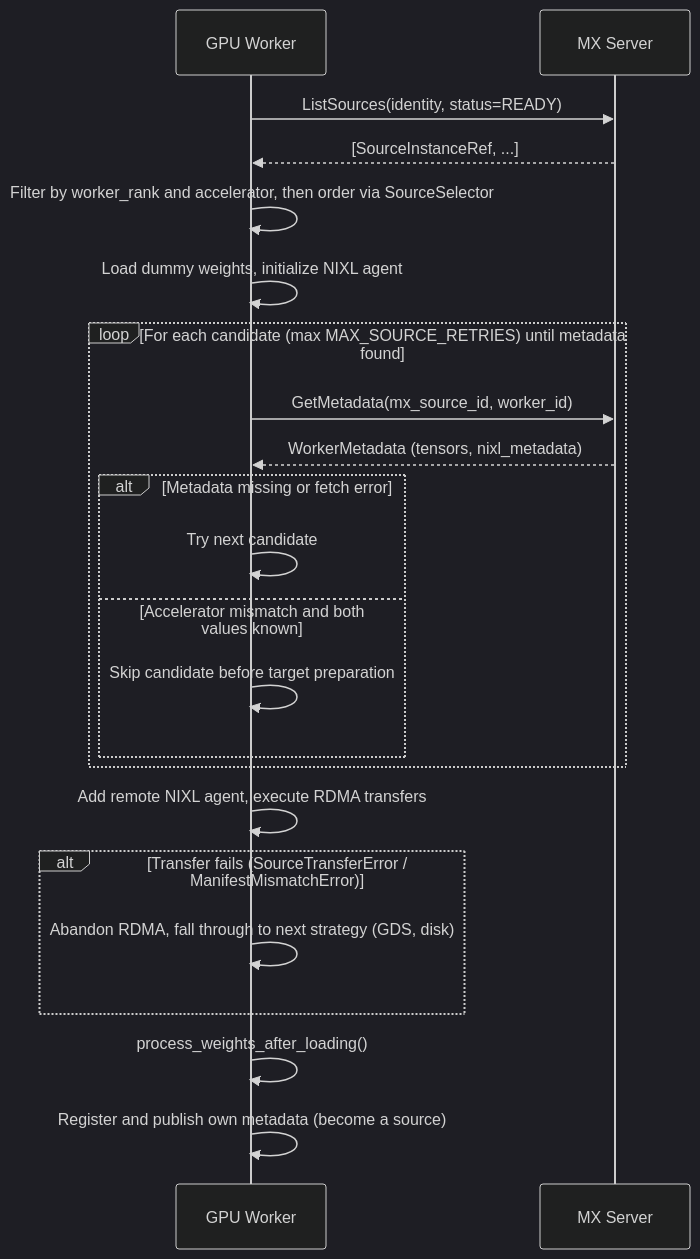
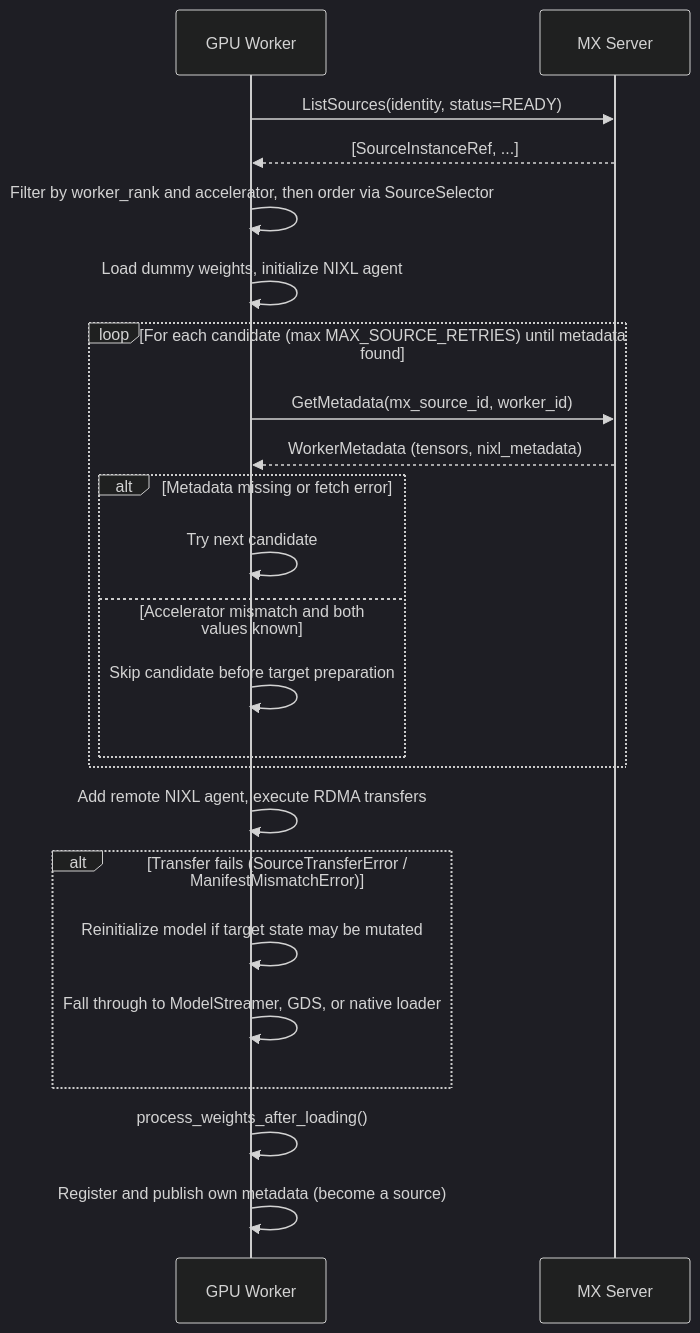
The third of 3 diagrams in docs/metadata.md (ai-dynamo/modelexpress), drawn with Mermaid (dark theme) before and after one commit. The commit also changed other lines of this file and 10 other files, not shown here.

````diff
--- a/docs/metadata.md
+++ b/docs/metadata.md
@@ -485,25 +485,26 @@
 ```mermaid
 sequenceDiagram
     participant W as GPU Worker
     participant MX as MX Server
 
     W->>MX: ListSources(identity, status=READY)
     MX-->>W: [SourceInstanceRef, ...]
     W->>W: Filter by worker_rank and accelerator, then order via SourceSelector
     W->>W: Load dummy weights, initialize NIXL agent
     loop For each candidate (max MAX_SOURCE_RETRIES) until metadata found
         W->>MX: GetMetadata(mx_source_id, worker_id)
         MX-->>W: WorkerMetadata (tensors, nixl_metadata)
         alt Metadata missing or fetch error
             W->>W: Try next candidate
         else Accelerator mismatch and both values known
           W->>W: Skip candidate before target preparation
         end
     end
     W->>W: Add remote NIXL agent, execute RDMA transfers
     alt Transfer fails (SourceTransferError / ManifestMismatchError)
-        W->>W: Abandon RDMA, fall through to next strategy (GDS, disk)
+        W->>W: Reinitialize model if target state may be mutated
+        W->>W: Fall through to ModelStreamer, GDS, or native loader
     end
     W->>W: process_weights_after_loading()
     W->>W: Register and publish own metadata (become a source)
 ```
````
